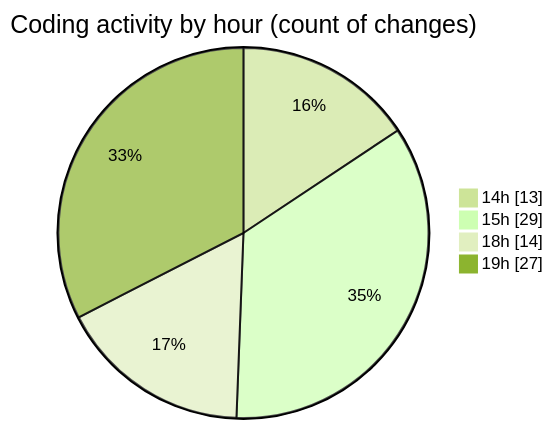
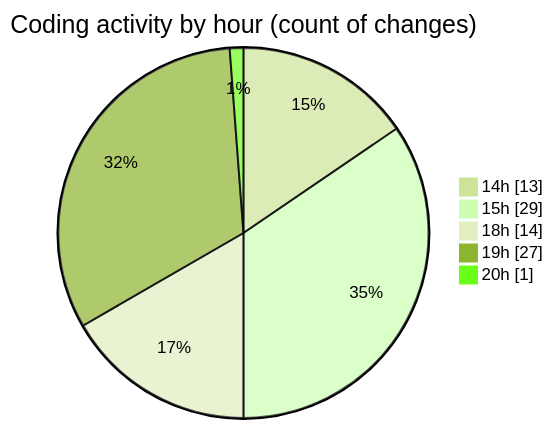
Before and after one commit to Ritupan-Deka/code-tracking: the second of 2 diagrams in 2025-06-23/scopecraft/README.md, drawn with Mermaid (forest theme). The commit also changed other lines of this file and 1 other file, not shown here.

````diff
--- a/2025-06-23/scopecraft/README.md
+++ b/2025-06-23/scopecraft/README.md
@@ -49,8 +49,9 @@
 ```mermaid
 pie showData
 title Coding activity by hour (count of changes)
 "14h" : 13
 "15h" : 29
 "18h" : 14
 "19h" : 27
+"20h" : 1
 ```
````
